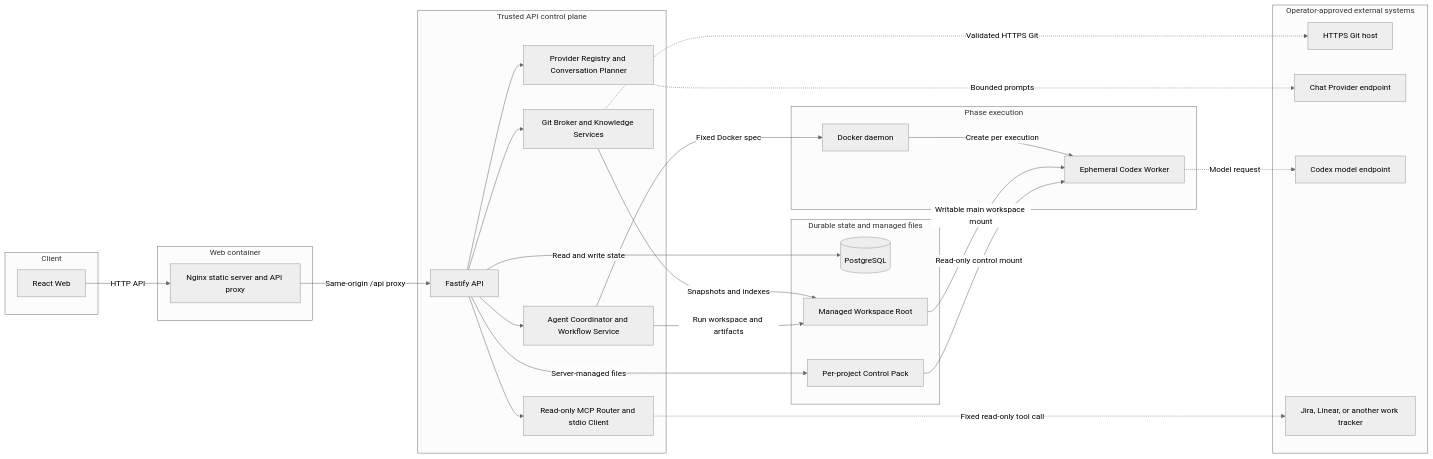
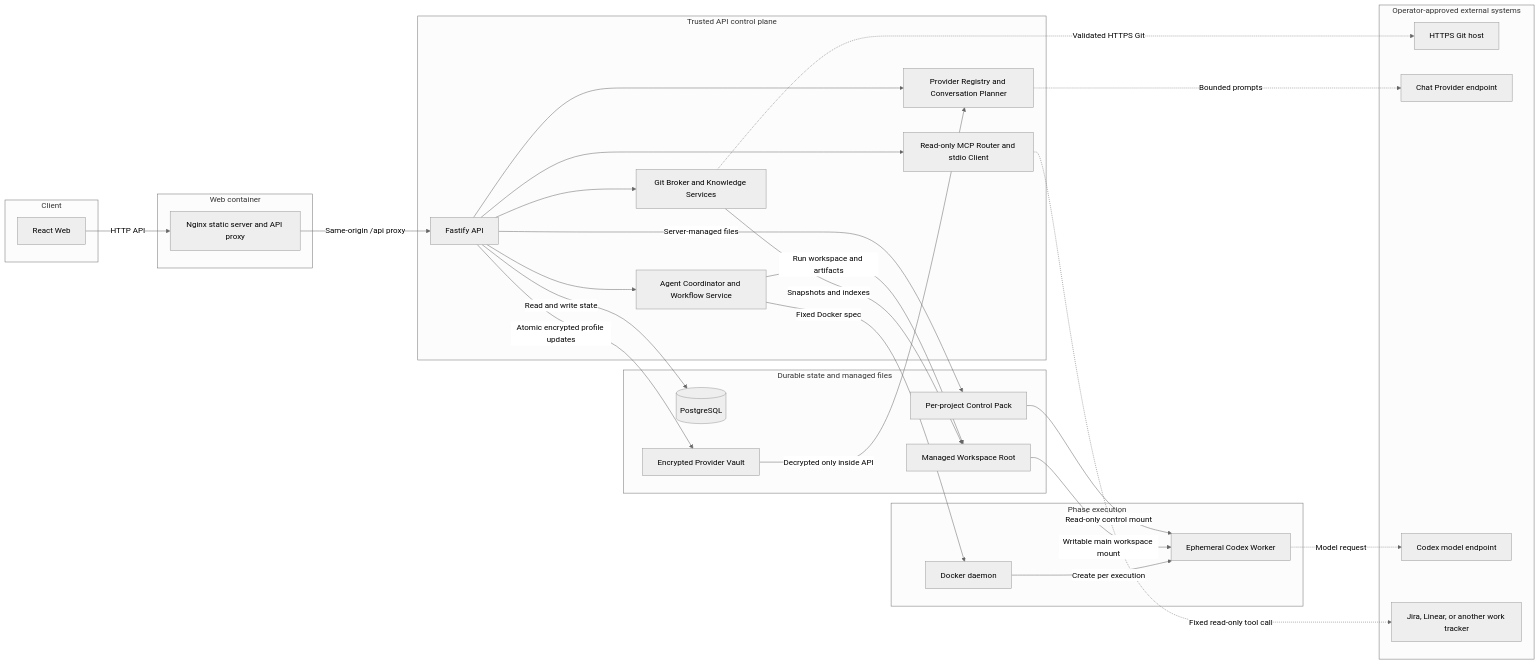
One commit to davych/agents-instruction changed the first of 3 diagrams in platform/docs/technical-design/README.md. Above: the diagram before and after it, drawn with Mermaid (neutral theme). The commit also changed other lines of this file and 42 other files, not shown here.

````diff
--- a/platform/docs/technical-design/README.md
+++ b/platform/docs/technical-design/README.md
@@ -22,55 +22,58 @@
 ```mermaid
 flowchart LR
     subgraph clientZone["Client"]
         browser["React Web"]
     end
 
     subgraph webZone["Web container"]
         nginx["Nginx static server and API proxy"]
     end
 
     subgraph apiZone["Trusted API control plane"]
         fastify["Fastify API"]
         providerLayer["Provider Registry and Conversation Planner"]
         workflowLayer["Agent Coordinator and Workflow Service"]
         repositoryLayer["Git Broker and Knowledge Services"]
         mcpLayer["Read-only MCP Router and stdio Client"]
     end
 
     subgraph stateZone["Durable state and managed files"]
         postgres[("PostgreSQL")]
         managedRoot["Managed Workspace Root"]
         controlPack["Per-project Control Pack"]
+        providerVault["Encrypted Provider Vault"]
     end
 
     subgraph workerZone["Phase execution"]
         dockerDaemon["Docker daemon"]
         codexWorker["Ephemeral Codex Worker"]
     end
 
     subgraph externalZone["Operator-approved external systems"]
         gitHost["HTTPS Git host"]
         chatEndpoint["Chat Provider endpoint"]
         codexEndpoint["Codex model endpoint"]
         workTracker["Jira, Linear, or another work tracker"]
     end
 
     browser -->|"HTTP API"| nginx
     nginx -->|"Same-origin /api proxy"| fastify
     fastify --> providerLayer
     fastify --> workflowLayer
     fastify --> repositoryLayer
     fastify --> mcpLayer
     fastify -->|"Read and write state"| postgres
     repositoryLayer -->|"Snapshots and indexes"| managedRoot
     workflowLayer -->|"Run workspace and artifacts"| managedRoot
     fastify -->|"Server-managed files"| controlPack
+    fastify -->|"Atomic encrypted profile updates"| providerVault
+    providerVault -->|"Decrypted only inside API"| providerLayer
     providerLayer -.->|"Bounded prompts"| chatEndpoint
     repositoryLayer -.->|"Validated HTTPS Git"| gitHost
     mcpLayer -.->|"Fixed read-only tool call"| workTracker
     workflowLayer -->|"Fixed Docker spec"| dockerDaemon
     dockerDaemon -->|"Create per execution"| codexWorker
     managedRoot -->|"Writable main workspace mount"| codexWorker
     controlPack -->|"Read-only control mount"| codexWorker
     codexWorker -.->|"Model request"| codexEndpoint
 ```
````
